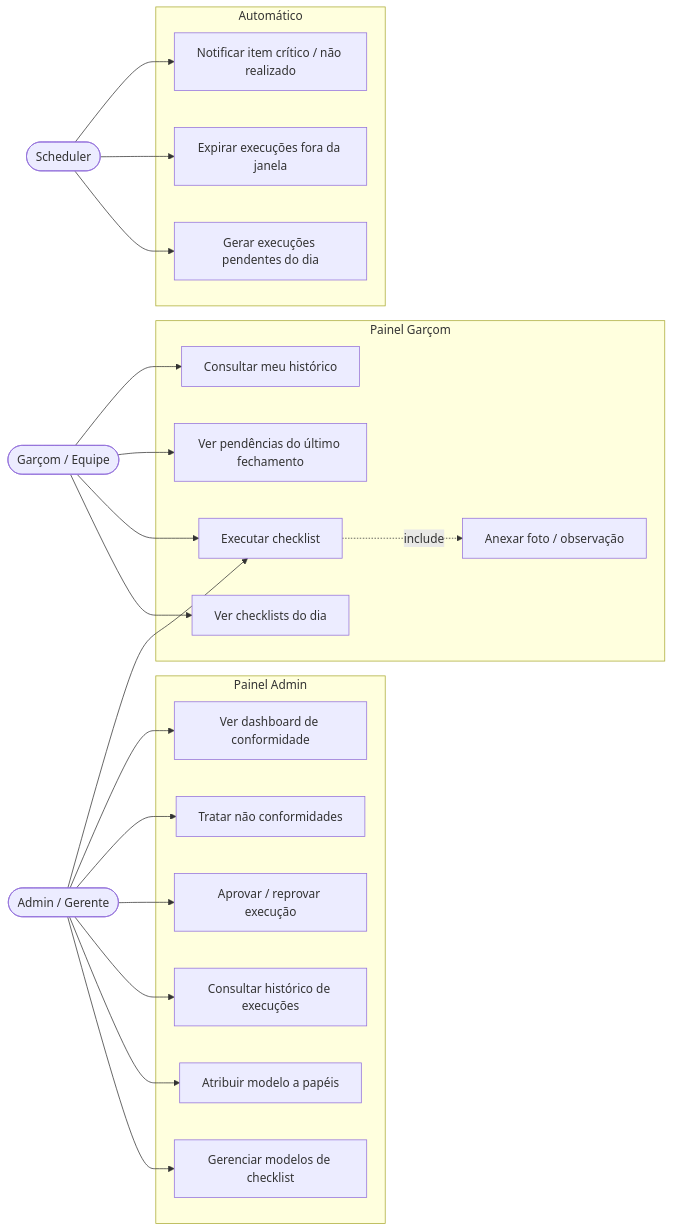
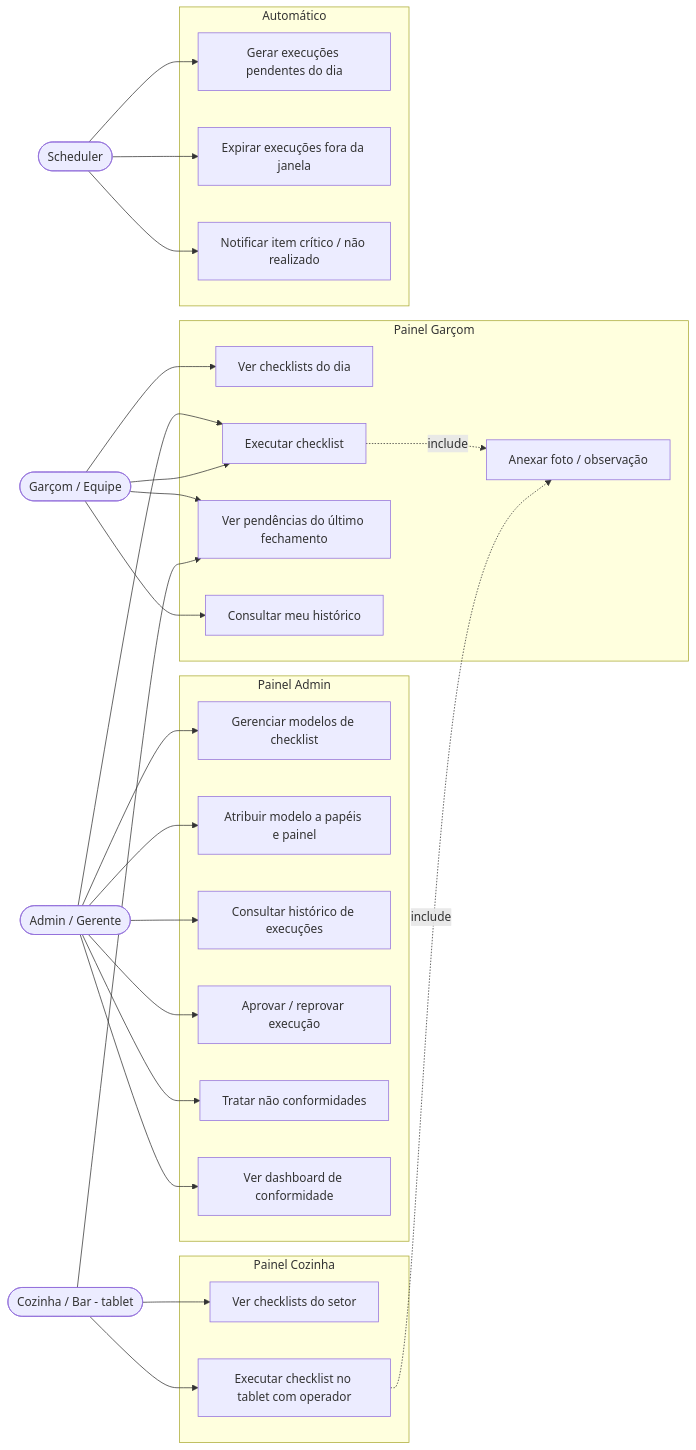
One commit to gui120599/Pizzaria-App changed the first of 6 diagrams in docs/modulo-checklists.md. Above: the diagram before and after it, drawn with Mermaid. The commit also changed other lines of this file and 32 other files, not shown here.

First line of the commit message:
Checklists: componentes compartilhados, Operador e escopo por painel

````diff
--- a/docs/modulo-checklists.md
+++ b/docs/modulo-checklists.md
@@ -83,35 +86,43 @@
 ```mermaid
 flowchart LR
     Admin([Admin / Gerente])
     Garcom([Garçom / Equipe])
+    Cozinha([Cozinha / Bar - tablet])
     Sistema([Scheduler])
 
     subgraph Painel Admin
         UC1[Gerenciar modelos de checklist]
-        UC2[Atribuir modelo a papéis]
+        UC2[Atribuir modelo a papéis e painel]
         UC3[Consultar histórico de execuções]
         UC4[Aprovar / reprovar execução]
         UC5[Tratar não conformidades]
         UC6[Ver dashboard de conformidade]
     end
 
     subgraph Painel Garçom
         UC7[Ver checklists do dia]
         UC8[Executar checklist]
         UC9[Anexar foto / observação]
         UC10[Ver pendências do último fechamento]
         UC11[Consultar meu histórico]
     end
 
+    subgraph Painel Cozinha
+        UC15[Ver checklists do setor]
+        UC16[Executar checklist no tablet com operador]
+    end
+
     subgraph Automático
         UC12[Gerar execuções pendentes do dia]
         UC13[Expirar execuções fora da janela]
         UC14[Notificar item crítico / não realizado]
     end
 
     Admin --> UC1 & UC2 & UC3 & UC4 & UC5 & UC6
     Admin --> UC8
     Garcom --> UC7 & UC8 & UC10 & UC11
+    Cozinha --> UC15 & UC16 & UC10
     UC8 -. include .-> UC9
+    UC16 -. include .-> UC9
     Sistema --> UC12 & UC13 & UC14
 ```
````
